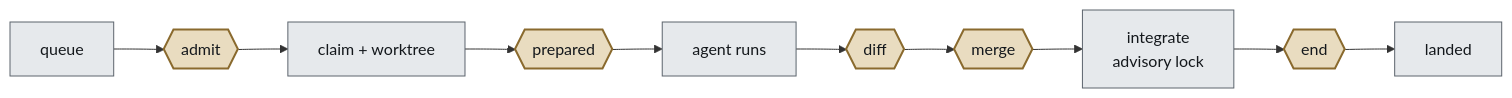
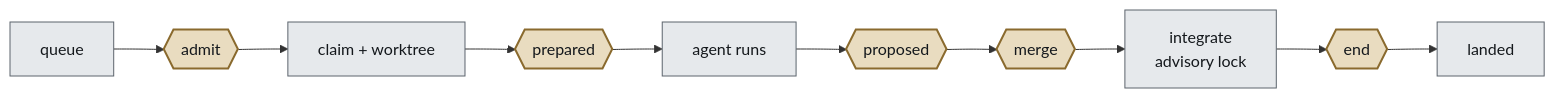
One commit to steven-zhc/escapement changed the second of 2 diagrams in README.md. Above: the diagram before and after it, drawn with Mermaid. The commit also changed other lines of this file and 19 other files, not shown here.

````diff
--- a/README.md
+++ b/README.md
@@ -200,17 +200,17 @@
 ```mermaid
 flowchart LR
   Q[queue] --> A{{admit}}
   A --> C[claim + worktree]
   C --> P{{prepared}}
   P --> AG[agent runs]
-  AG --> D{{diff}}
+  AG --> D{{proposed}}
   D --> M{{merge}}
   M --> I[integrate<br/>advisory lock]
   I --> E{{end}}
   E --> L[landed]
 
   classDef gate fill:#e9dcc0,stroke:#8a6a2e,stroke-width:2px,color:#14181c;
   classDef core fill:#e6e9ec,stroke:#5c646d,color:#14181c;
   class A,P,D,M,E gate;
   class Q,C,AG,I,L core;
 ```
````
